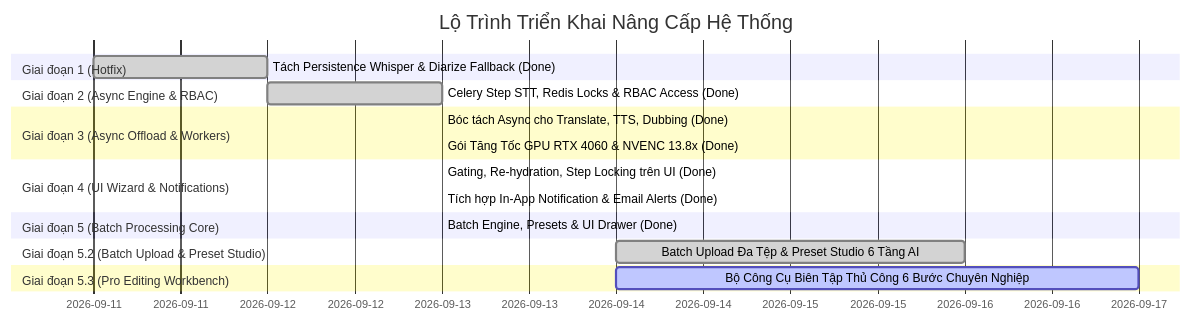
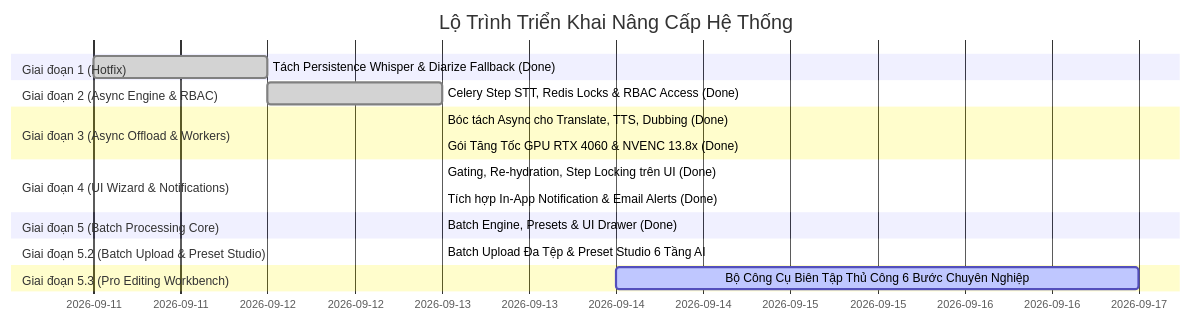
Before and after one commit to kaliber2602/AI_video_translation_system: the eighth of 9 diagrams in docs/THIET_KE_KIEN_TRUC_HE_THONG_XU_LY_VIDEO_ASYNC_MULTI_MODEL_BATCH.md, drawn with Mermaid. The commit also changed other lines of this file and 10 other files, not shown here.

````diff
--- a/docs/THIET_KE_KIEN_TRUC_HE_THONG_XU_LY_VIDEO_ASYNC_MULTI_MODEL_BATCH.md
+++ b/docs/THIET_KE_KIEN_TRUC_HE_THONG_XU_LY_VIDEO_ASYNC_MULTI_MODEL_BATCH.md
@@ -1381,21 +1381,21 @@
 ```mermaid
 gantt
     title Lộ Trình Triển Khai Nâng Cấp Hệ Thống
     dateFormat  YYYY-MM-DD
     section Giai đoạn 1 (Hotfix)
     Tách Persistence Whisper & Diarize Fallback (Done)       :done, 2026-09-11, 2026-09-12
     section Giai đoạn 2 (Async Engine & RBAC)
     Celery Step STT, Redis Locks & RBAC Access (Done)        :done, 2026-09-12, 2026-09-13
     section Giai đoạn 3 (Async Offload & Workers)
     Bóc tách Async cho Translate, TTS, Dubbing (Done)         :done, 2026-09-13, 2026-09-13
     Gói Tăng Tốc GPU RTX 4060 & NVENC 13.8x (Done)           :done, 2026-09-13, 2026-09-13
     section Giai đoạn 4 (UI Wizard & Notifications)
     Gating, Re-hydration, Step Locking trên UI (Done)        :done, 2026-09-13, 2026-09-13
     Tích hợp In-App Notification & Email Alerts (Done)       :done, 2026-09-13, 2026-09-13
     section Giai đoạn 5 (Batch Processing Core)
     Batch Engine, Presets & UI Drawer (Done)                :done, 2026-09-13, 2026-09-13
     section Giai đoạn 5.2 (Batch Upload & Preset Studio)
-    Batch Upload Đa Tệp & Preset Studio 6 Tầng AI           :done, 2026-09-14, 2d
+    Batch Upload Đa Tệp & Preset Studio 6 Tầng AI           :done, 2026-09-13, 2026-09-13
     section Giai đoạn 5.3 (Pro Editing Workbench)
     Bộ Công Cụ Biên Tập Thủ Công 6 Bước Chuyên Nghiệp       :active, 2026-09-14, 3d
 ```
````
